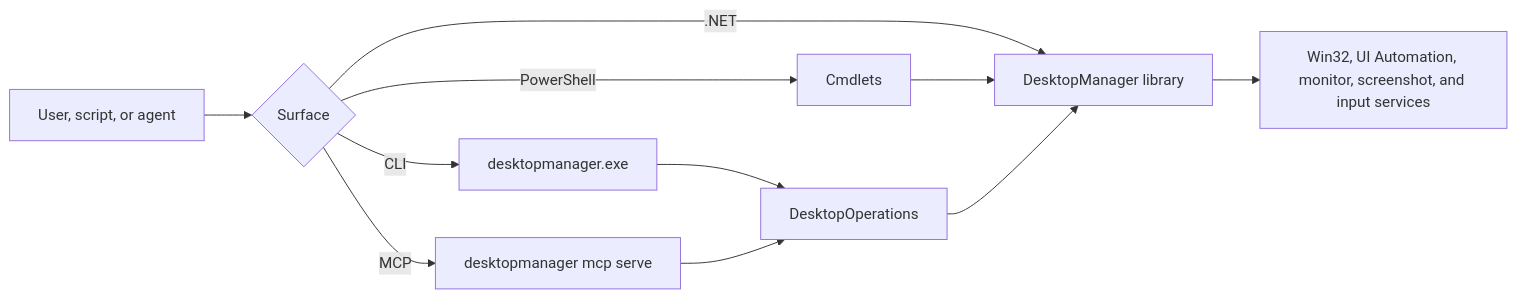
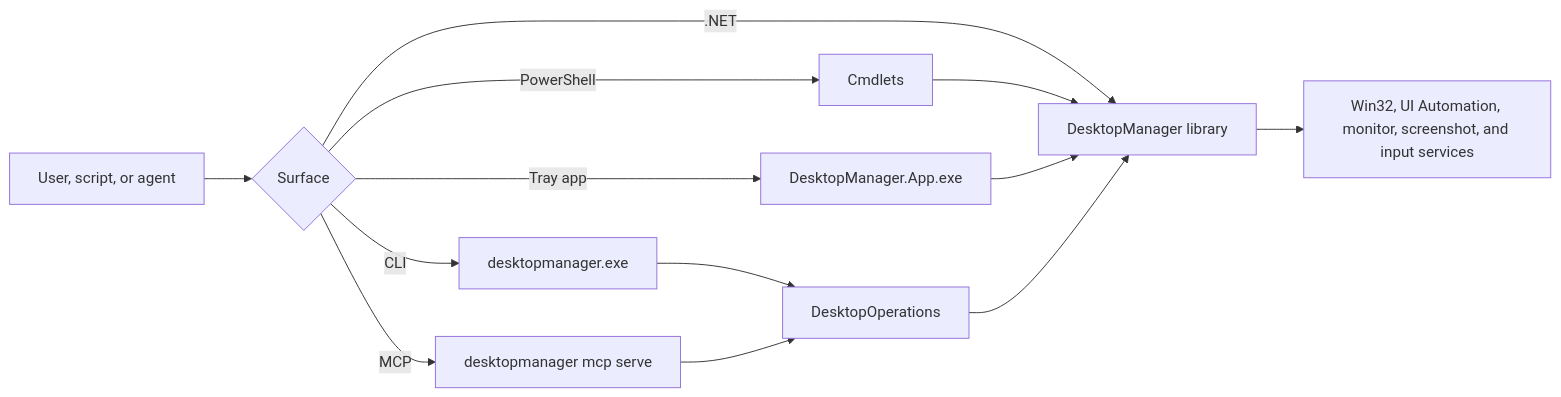
Before and after one commit to EvotecIT/DesktopManager: the second of 2 diagrams in README.MD, drawn with Mermaid. The commit also changed other lines of this file and 12 other files, not shown here.

First line of the commit message:
Add daily DesktopManager app MSI packaging

````diff
--- a/README.MD
+++ b/README.MD
@@ -114,14 +117,16 @@
 ```mermaid
 flowchart LR
     A["User, script, or agent"] --> B{"Surface"}
     B -->|".NET"| C["DesktopManager library"]
     B -->|"PowerShell"| D["Cmdlets"]
     B -->|"CLI"| E["desktopmanager.exe"]
     B -->|"MCP"| F["desktopmanager mcp serve"]
+    B -->|"Tray app"| J["DesktopManager.App.exe"]
 
     D --> C
     E --> G["DesktopOperations"]
     F --> G
+    J --> C
     G --> C
     C --> H["Win32, UI Automation, monitor, screenshot, and input services"]
 ```
````
